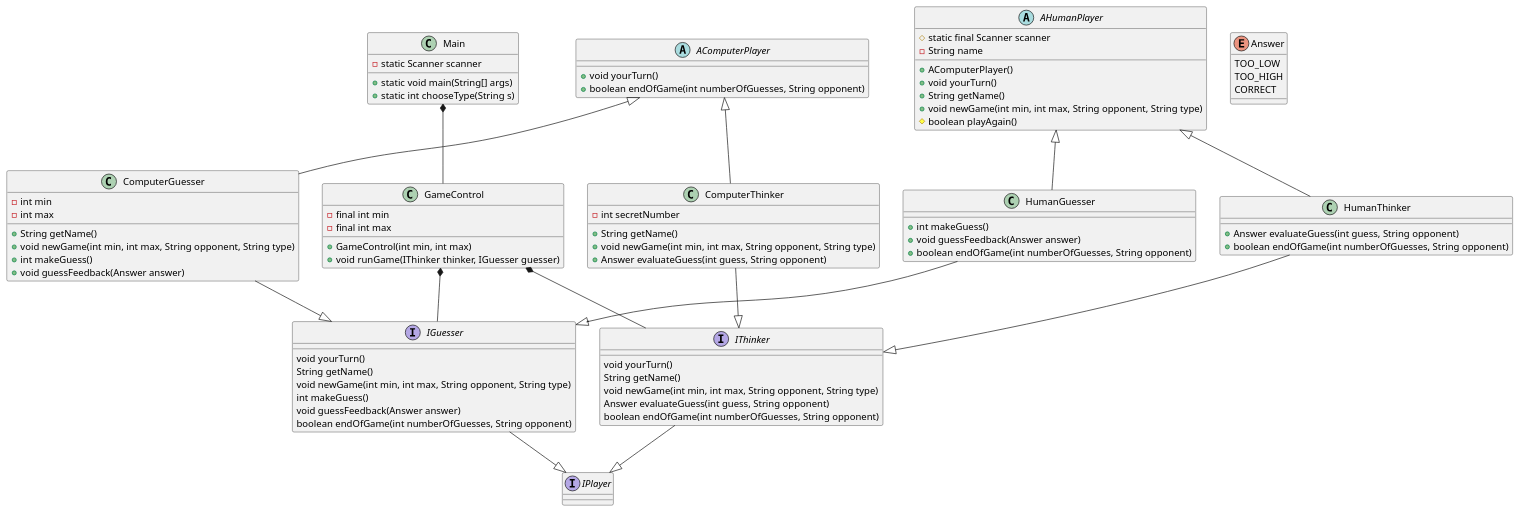
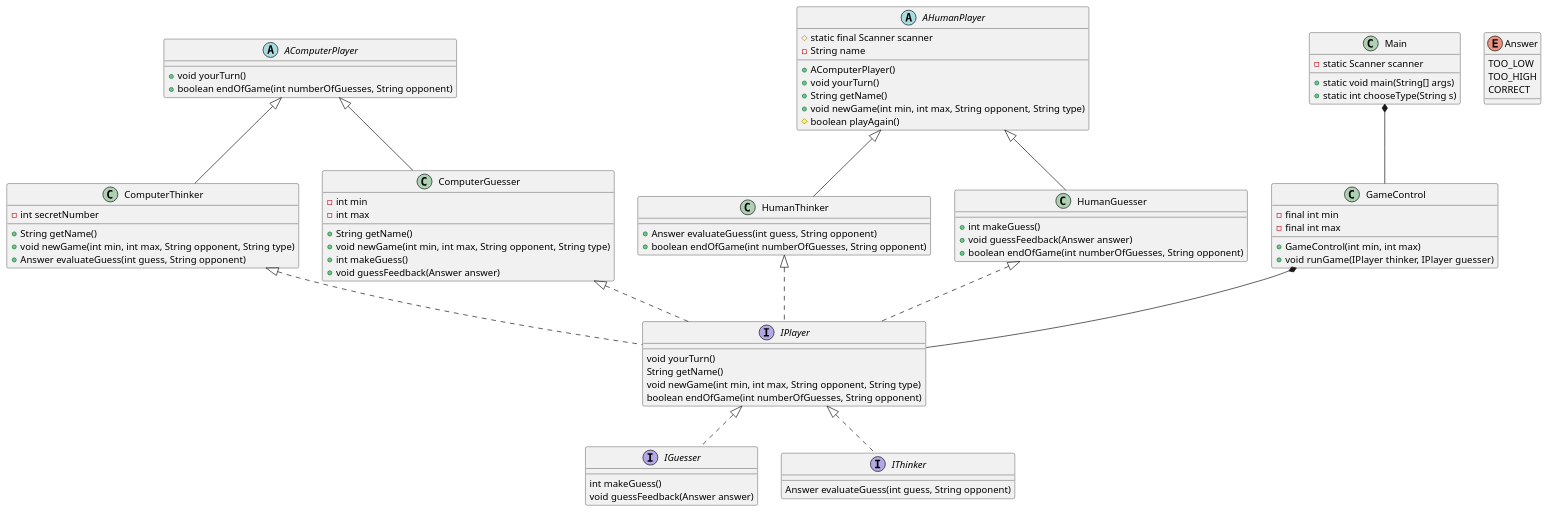
One commit to Peter537/GuessANumberGame changed the diagram in Documentation/Documentation.puml. Above: the diagram before and after it, drawn with PlantUML. The commit also changed 3 other files, not shown here.

```diff
--- a/Documentation/Documentation.puml
+++ b/Documentation/Documentation.puml
@@ -1,121 +1,117 @@
 @startuml
 
 '------------------
 ' INTERFACES
 '------------------
 
-interface IPlayer
-
-interface IGuesser {
+interface IPlayer {
     void yourTurn()
     String getName()
     void newGame(int min, int max, String opponent, String type)
-    int makeGuess()
-    void guessFeedback(Answer answer)
     boolean endOfGame(int numberOfGuesses, String opponent)
 }
 
+interface IGuesser {
+    int makeGuess()
+    void guessFeedback(Answer answer)
+}
+
 interface IThinker {
-    void yourTurn()
-    String getName()
-    void newGame(int min, int max, String opponent, String type)
     Answer evaluateGuess(int guess, String opponent)
-    boolean endOfGame(int numberOfGuesses, String opponent)
 }
 
 '------------------
 ' ABSTRACT CLASSES
 '------------------
 
 abstract class AComputerPlayer {
     + void yourTurn()
     + boolean endOfGame(int numberOfGuesses, String opponent)
 }
 
 abstract class AHumanPlayer {
     # static final Scanner scanner
     - String name
     + AComputerPlayer()
     + void yourTurn()
     + String getName()
     + void newGame(int min, int max, String opponent, String type)
     # boolean playAgain()
 }
 
 '------------------
 ' CLASSES
 '------------------
 
 class ComputerThinker {
     - int secretNumber
     + String getName()
     + void newGame(int min, int max, String opponent, String type)
     + Answer evaluateGuess(int guess, String opponent)
 }
 
 class ComputerGuesser {
     - int min
     - int max
     + String getName()
     + void newGame(int min, int max, String opponent, String type)
     + int makeGuess()
     + void guessFeedback(Answer answer)
 }
 
 class HumanThinker {
     + Answer evaluateGuess(int guess, String opponent)
     + boolean endOfGame(int numberOfGuesses, String opponent)
 }
 
 class HumanGuesser {
     + int makeGuess()
     + void guessFeedback(Answer answer)
     + boolean endOfGame(int numberOfGuesses, String opponent)
 }
 
 class GameControl {
     - final int min
     - final int max
     + GameControl(int min, int max)
-    + void runGame(IThinker thinker, IGuesser guesser)
+    + void runGame(IPlayer thinker, IPlayer guesser)
 }
 
 class Main {
     - static Scanner scanner
     + static void main(String[] args)
     + static int chooseType(String s)
 }
 
 '------------------
 ' ENUMS
 '------------------
 
 enum Answer {
     TOO_LOW
     TOO_HIGH
     CORRECT
 }
 
 '------------------
 ' RELATIONS
 '------------------
 
+Main *-- GameControl
+
+GameControl *-- IPlayer
+
+IPlayer <|.. IThinker
+IPlayer <|.. IGuesser
+
+ComputerThinker <|.. IPlayer
+ComputerGuesser <|.. IPlayer
+HumanThinker <|.. IPlayer
+HumanGuesser <|.. IPlayer
+
 AComputerPlayer <|-- ComputerThinker
 AComputerPlayer <|-- ComputerGuesser
 AHumanPlayer <|-- HumanThinker
 AHumanPlayer <|-- HumanGuesser
 
-ComputerThinker --|> IThinker
-ComputerGuesser --|> IGuesser
-HumanThinker --|> IThinker
-HumanGuesser --|> IGuesser
-
-IThinker --|> IPlayer
-IGuesser --|> IPlayer
-
-GameControl *-- IGuesser
-GameControl *-- IThinker
-
-Main *-- GameControl
-
 @enduml
```
